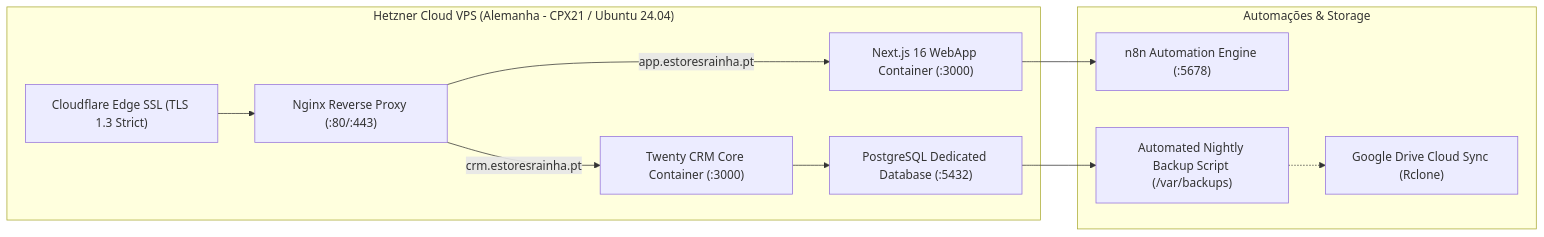
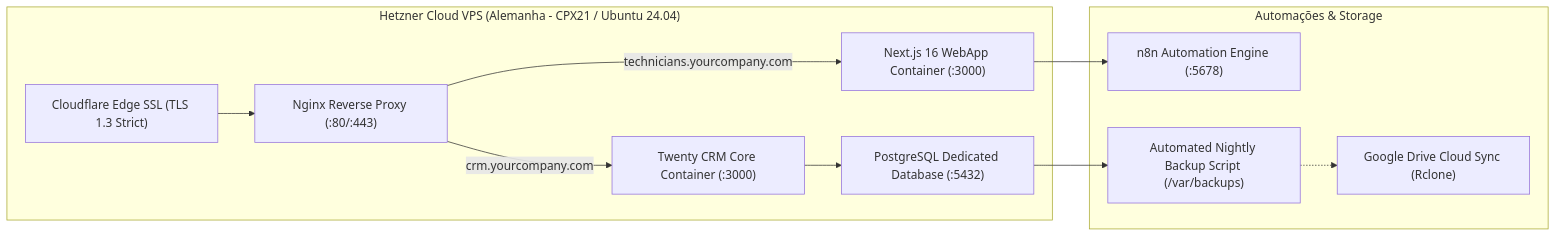
One commit to alyekseyenko/services-blinds changed diagram 11 of 11 in ARCHITECTURE_MASTER_BLUEPRINT.md. Above: the diagram before and after it, drawn with Mermaid. The commit also changed 44 other files, not shown here.

````diff
--- a/ARCHITECTURE_MASTER_BLUEPRINT.md
+++ b/ARCHITECTURE_MASTER_BLUEPRINT.md
@@ -443,15 +443,15 @@
 ```mermaid
 graph LR
     subgraph "Hetzner Cloud VPS (Alemanha - CPX21 / Ubuntu 24.04)"
         CF["Cloudflare Edge SSL (TLS 1.3 Strict)"] --> NGINX["Nginx Reverse Proxy (:80/:443)"]
-        NGINX -->|app.estoresrainha.pt| APP["Next.js 16 WebApp Container (:3000)"]
-        NGINX -->|crm.estoresrainha.pt| CRM_SRV["Twenty CRM Core Container (:3000)"]
+        NGINX -->|technicians.yourcompany.com| APP["Next.js 16 WebApp Container (:3000)"]
+        NGINX -->|crm.yourcompany.com| CRM_SRV["Twenty CRM Core Container (:3000)"]
         CRM_SRV --> PG["PostgreSQL Dedicated Database (:5432)"]
     end
     
     subgraph "Automações & Storage"
         APP --> N8N["n8n Automation Engine (:5678)"]
         PG --> BACKUP["Automated Nightly Backup Script (/var/backups)"]
         BACKUP -.-> GDRIVE["Google Drive Cloud Sync (Rclone)"]
     end
 ```
````
